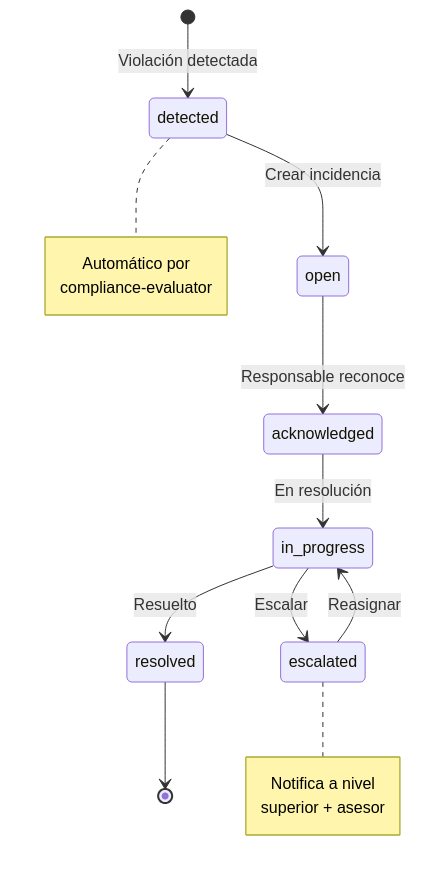
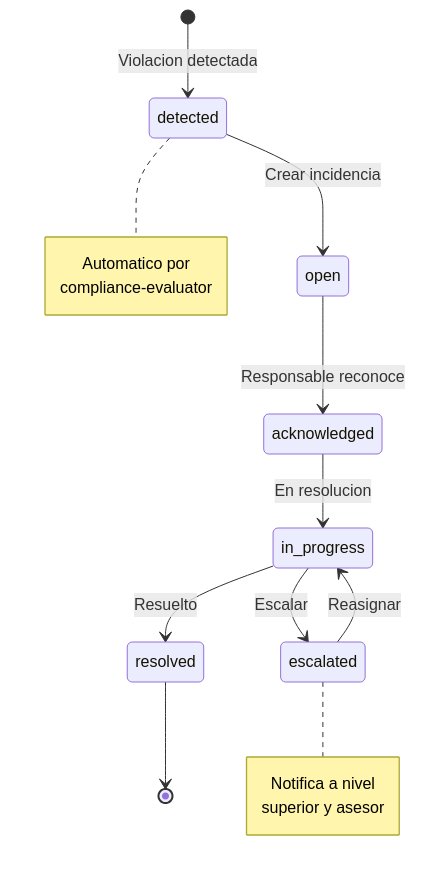
One commit to moimene/time-control-hub changed the eighth of 26 diagrams in README.md. Above: the diagram before and after it, drawn with Mermaid. The commit also changed other lines of this file, not shown here.

````diff
--- a/README.md
+++ b/README.md
@@ -419,21 +437,21 @@
 ```mermaid
 stateDiagram-v2
-    [*] --> detected: Violación detectada
+    [*] --> detected: Violacion detectada
     detected --> open: Crear incidencia
     open --> acknowledged: Responsable reconoce
-    acknowledged --> in_progress: En resolución
+    acknowledged --> in_progress: En resolucion
     in_progress --> resolved: Resuelto
     in_progress --> escalated: Escalar
     escalated --> in_progress: Reasignar
     resolved --> [*]
     
     note right of detected
-        Automático por
+        Automatico por
         compliance-evaluator
     end note
     
     note right of escalated
         Notifica a nivel
-        superior + asesor
+        superior y asesor
     end note
 ```
````
